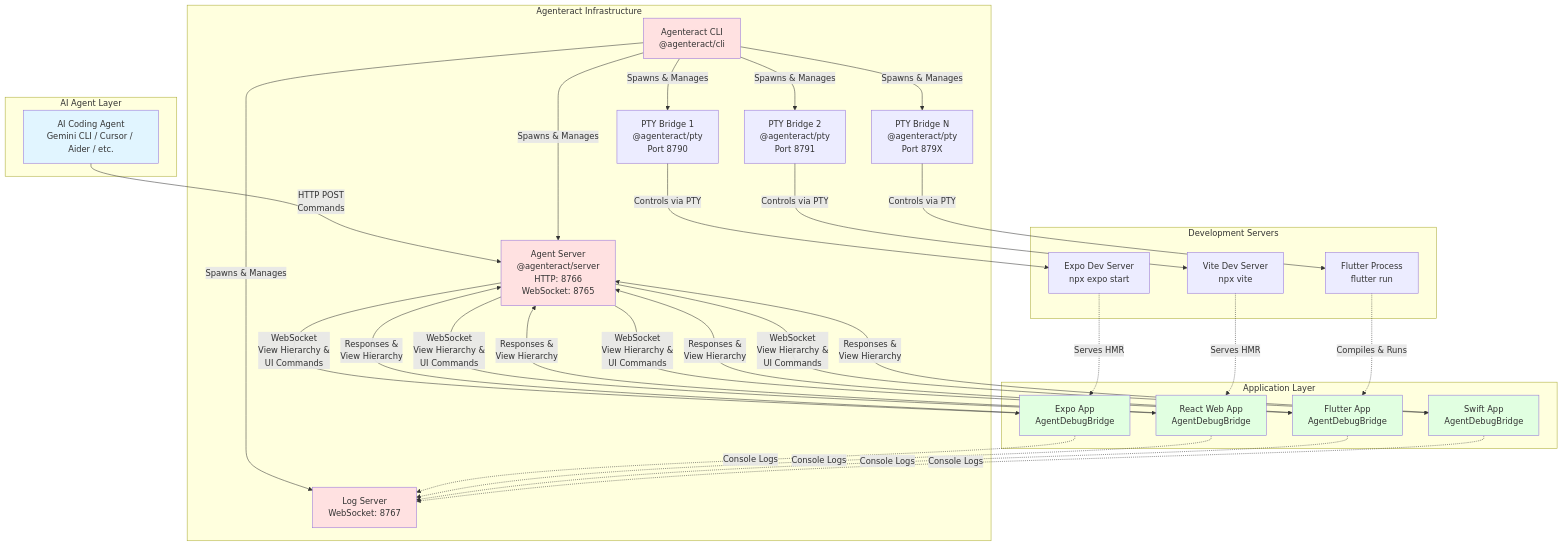
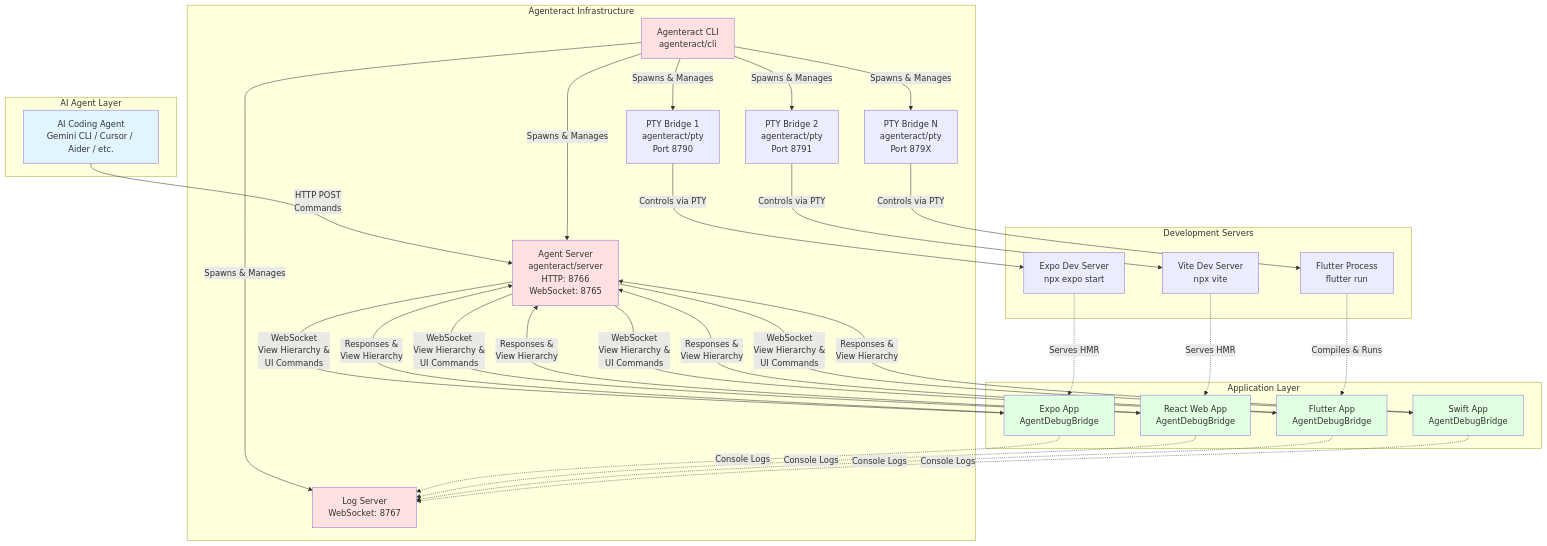
One commit to agenteract/agenteract changed the second of 8 diagrams in docs/ARCHITECTURE.md. Above: the diagram before and after it, drawn with Mermaid. The commit also changed other lines of this file, not shown here.

First line of the commit message:
fix: correct mermaid syntax errors in architecture diagrams

````diff
--- a/docs/ARCHITECTURE.md
+++ b/docs/ARCHITECTURE.md
@@ -132,67 +132,67 @@
 ```mermaid
 graph TB
     subgraph "AI Agent Layer"
         AGENT[AI Coding Agent<br/>Gemini CLI / Cursor / Aider / etc.]
     end
 
     subgraph "Agenteract Infrastructure"
-        CLI[Agenteract CLI<br/>@agenteract/cli]
-        SERVER[Agent Server<br/>@agenteract/server<br/>HTTP: 8766<br/>WebSocket: 8765]
-        LOGSERVER[Log Server<br/>WebSocket: 8767]
-        PTY1[PTY Bridge 1<br/>@agenteract/pty<br/>Port 8790]
-        PTY2[PTY Bridge 2<br/>@agenteract/pty<br/>Port 8791]
-        PTY3[PTY Bridge N<br/>@agenteract/pty<br/>Port 879X]
+        CLI["Agenteract CLI<br/>agenteract/cli"]
+        SERVER["Agent Server<br/>agenteract/server<br/>HTTP: 8766<br/>WebSocket: 8765"]
+        LOGSERVER["Log Server<br/>WebSocket: 8767"]
+        PTY1["PTY Bridge 1<br/>agenteract/pty<br/>Port 8790"]
+        PTY2["PTY Bridge 2<br/>agenteract/pty<br/>Port 8791"]
+        PTY3["PTY Bridge N<br/>agenteract/pty<br/>Port 879X"]
     end
 
     subgraph "Application Layer"
         APP1[Expo App<br/>AgentDebugBridge]
         APP2[React Web App<br/>AgentDebugBridge]
         APP3[Flutter App<br/>AgentDebugBridge]
         APP4[Swift App<br/>AgentDebugBridge]
     end
 
     subgraph "Development Servers"
         DEV1[Expo Dev Server<br/>npx expo start]
         DEV2[Vite Dev Server<br/>npx vite]
         DEV3[Flutter Process<br/>flutter run]
     end
 
     AGENT -->|HTTP POST<br/>Commands| SERVER
     SERVER -->|WebSocket<br/>View Hierarchy &<br/>UI Commands| APP1
     SERVER -->|WebSocket<br/>View Hierarchy &<br/>UI Commands| APP2
     SERVER -->|WebSocket<br/>View Hierarchy &<br/>UI Commands| APP3
     SERVER -->|WebSocket<br/>View Hierarchy &<br/>UI Commands| APP4
 
     CLI -->|Spawns & Manages| SERVER
     CLI -->|Spawns & Manages| LOGSERVER
     CLI -->|Spawns & Manages| PTY1
     CLI -->|Spawns & Manages| PTY2
     CLI -->|Spawns & Manages| PTY3
 
     PTY1 -->|Controls via PTY| DEV1
     PTY2 -->|Controls via PTY| DEV2
     PTY3 -->|Controls via PTY| DEV3
 
     DEV1 -.->|Serves HMR| APP1
     DEV2 -.->|Serves HMR| APP2
     DEV3 -.->|Compiles & Runs| APP3
 
     APP1 -->|Responses &<br/>View Hierarchy| SERVER
     APP2 -->|Responses &<br/>View Hierarchy| SERVER
     APP3 -->|Responses &<br/>View Hierarchy| SERVER
     APP4 -->|Responses &<br/>View Hierarchy| SERVER
 
     APP1 -.->|Console Logs| LOGSERVER
     APP2 -.->|Console Logs| LOGSERVER
     APP3 -.->|Console Logs| LOGSERVER
     APP4 -.->|Console Logs| LOGSERVER
 
     style AGENT fill:#e1f5ff
     style SERVER fill:#ffe1e1
     style LOGSERVER fill:#ffe1e1
     style CLI fill:#ffe1e1
     style APP1 fill:#e1ffe1
     style APP2 fill:#e1ffe1
     style APP3 fill:#e1ffe1
     style APP4 fill:#e1ffe1
 ```
````
